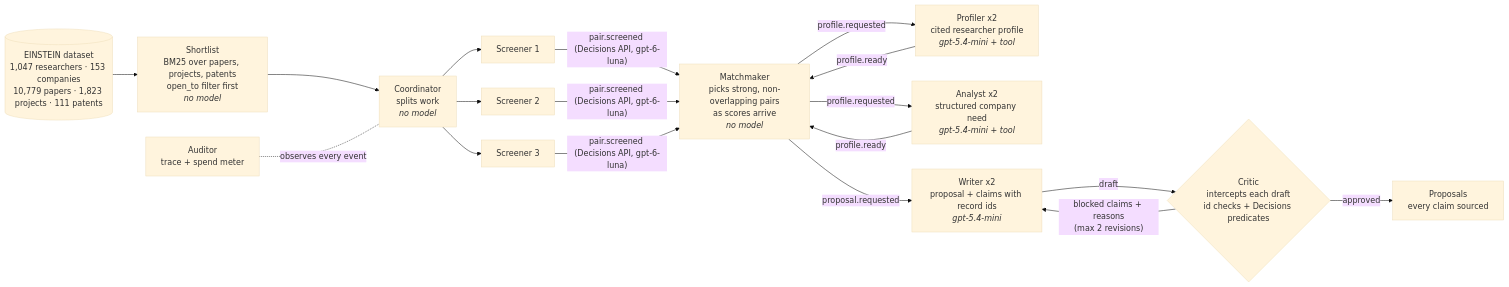
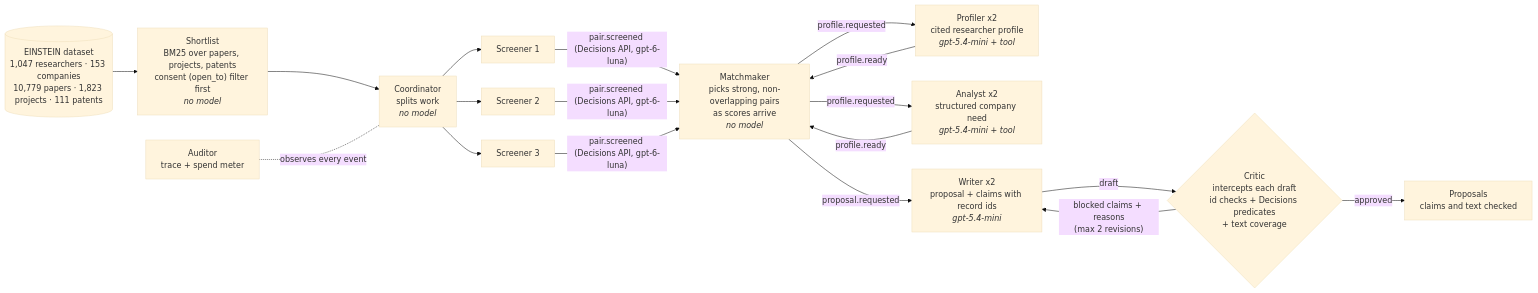
One commit to jamilxt/einstein-matchmaker changed the diagram in README.md. Above: the diagram before and after it, drawn with Mermaid (base theme). The commit also changed other lines of this file and 28 other files, not shown here.

Commit message:
fix(critic,consent,budget): check proposal text against claims; proposal form follows consent (EN/SR); reserve budget before each call; watchdog ends the loop; rejected drafts not shown; search lock race; offline guard tests (14/14)

````diff
--- a/README.md
+++ b/README.md
@@ -106,27 +106,27 @@
 ```mermaid
 flowchart LR
     DS[("EINSTEIN dataset<br/>1,047 researchers · 153 companies<br/>10,779 papers · 1,823 projects · 111 patents")]
-    SL["Shortlist<br/>BM25 over papers, projects, patents<br/>open_to filter first<br/><i>no model</i>"]
+    SL["Shortlist<br/>BM25 over papers, projects, patents<br/>consent (open_to) filter first<br/><i>no model</i>"]
     CO["Coordinator<br/>splits work<br/><i>no model</i>"]
     S1["Screener 1"]
     S2["Screener 2"]
     S3["Screener 3"]
     MM["Matchmaker<br/>picks strong, non-overlapping pairs<br/>as scores arrive<br/><i>no model</i>"]
     P["Profiler x2<br/>cited researcher profile<br/><i>gpt-5.4-mini + tool</i>"]
     A["Analyst x2<br/>structured company need<br/><i>gpt-5.4-mini + tool</i>"]
     W["Writer x2<br/>proposal + claims with record ids<br/><i>gpt-5.4-mini</i>"]
-    CR{"Critic<br/>intercepts each draft<br/>id checks + Decisions predicates"}
-    OUT["Proposals<br/>every claim sourced"]
+    CR{"Critic<br/>intercepts each draft<br/>id checks + Decisions predicates<br/>+ text coverage"}
+    OUT["Proposals<br/>claims and text checked"]
     AU["Auditor<br/>trace + spend meter"]
 
     DS --> SL --> CO
     CO --> S1 & S2 & S3
     S1 & S2 & S3 -- "pair.screened (Decisions API, gpt-6-luna)" --> MM
     MM -- "profile.requested" --> P & A
     P & A -- "profile.ready" --> MM
     MM -- "proposal.requested" --> W
     W -- "draft" --> CR
     CR -- "blocked claims + reasons<br/>(max 2 revisions)" --> W
     CR -- "approved" --> OUT
     AU -.-|observes every event| CO
 ```
````
